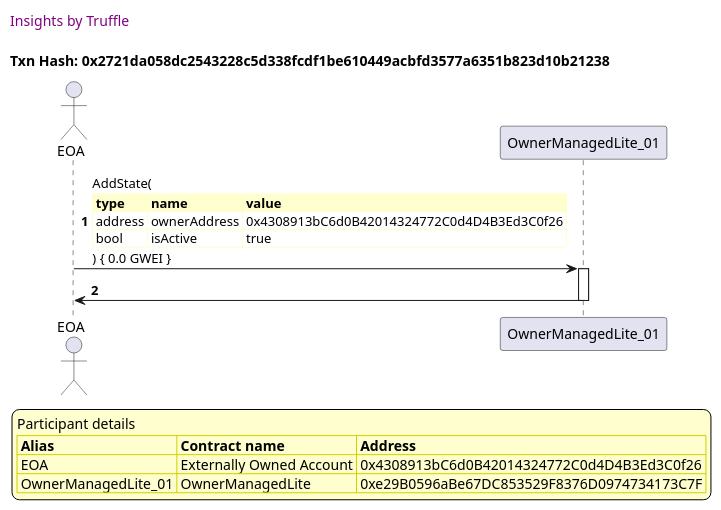
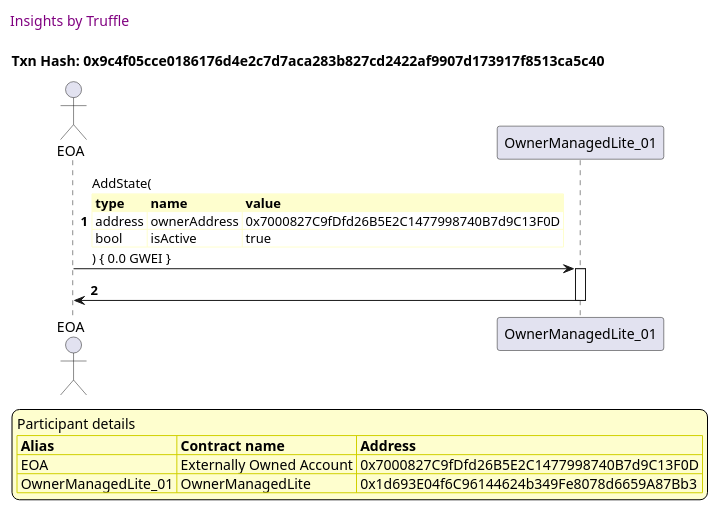
The second of 31 diagrams in truffle-seq/OwnerManagedLite_test_griefing_prevention.md (thedarkjester/ConsensysAssignment), drawn with PlantUML before and after one commit. The commit also changed other lines of this file and 13 other files, not shown here.

````diff
--- a/truffle-seq/OwnerManagedLite_test_griefing_prevention.md
+++ b/truffle-seq/OwnerManagedLite_test_griefing_prevention.md
@@ -56,41 +56,41 @@
 ```plantuml
 
 
 @startuml
 
 autonumber
 skinparam legendBackgroundColor #FEFECE
 
 <style>
       header {
         HorizontalAlignment left
         FontColor purple
         FontSize 14
         Padding 10
       }
     </style>
 
 header Insights by Truffle
 
-title Txn Hash: 0x2721da058dc2543228c5d338fcdf1be610449acbfd3577a6351b823d10b21238
+title Txn Hash: 0x9c4f05cce0186176d4e2c7d7aca283b827cd2422af9907d173917f8513ca5c40
 
 
 actor EOA as "EOA"
 participant OwnerManagedLite_01 as "OwnerManagedLite_01"
 
 "EOA" -> "OwnerManagedLite_01" ++: AddState(\n\
 <#FEFECE,#FEFECE>|= type |= name |= value |\n\
-| address | ownerAddress | 0x4308913bC6d0B42014324772C0d4D4B3Ed3C0f26 |\n\
+| address | ownerAddress | 0x7000827C9fDfd26B5E2C1477998740B7d9C13F0D |\n\
 | bool | isActive | true |\n\
 ) { 0.0 GWEI }
 "OwnerManagedLite_01" -> "EOA" --: 
 
 legend
 Participant details
 <#FEFECE,#D0D000>|= Alias |= Contract name |= Address |
-<#FEFECE>| EOA | Externally Owned Account | 0x4308913bC6d0B42014324772C0d4D4B3Ed3C0f26 |
-<#FEFECE>| OwnerManagedLite_01 | OwnerManagedLite | 0xe29B0596aBe67DC853529F8376D0974734173C7F |
+<#FEFECE>| EOA | Externally Owned Account | 0x7000827C9fDfd26B5E2C1477998740B7d9C13F0D |
+<#FEFECE>| OwnerManagedLite_01 | OwnerManagedLite | 0x1d693E04f6C96144624b349Fe8078d6659A87Bb3 |
 endlegend
 
 @enduml
 ```
````
